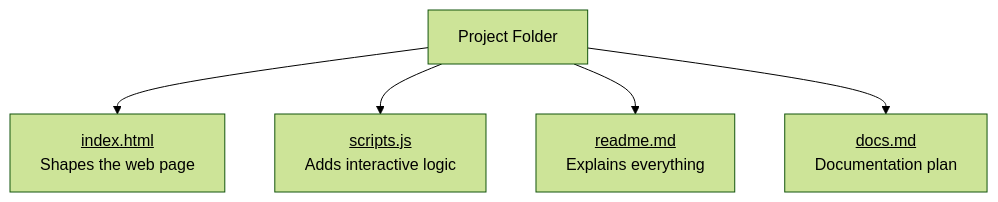
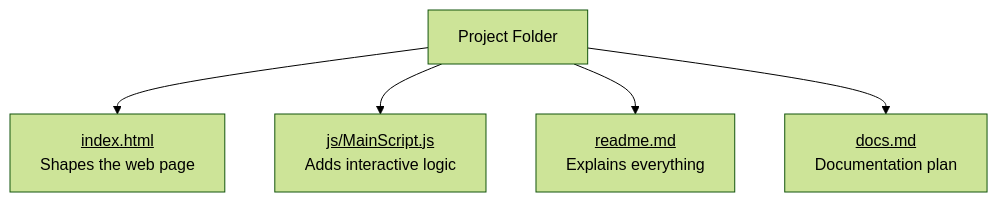
Before and after one commit to jesusroa1/GridFinium: the first of 5 diagrams in frontend/readme.md, drawn with Mermaid (forest theme). The commit also changed other lines of this file and 2 other files, not shown here.

Commit message:
Add frontend project plan roadmap

````diff
--- a/frontend/readme.md
+++ b/frontend/readme.md
@@ -8,8 +10,8 @@
 ```mermaid
 flowchart TD
     A[Project Folder] --> B["<u>index.html</u><br/>Shapes the web page"]
-    A --> C["<u>scripts.js</u><br/>Adds interactive logic"]
+    A --> C["<u>js/MainScript.js</u><br/>Adds interactive logic"]
     A --> D["<u>readme.md</u><br/>Explains everything"]
     A --> E["<u>docs.md</u><br/>Documentation plan"]
 
 ```
````
